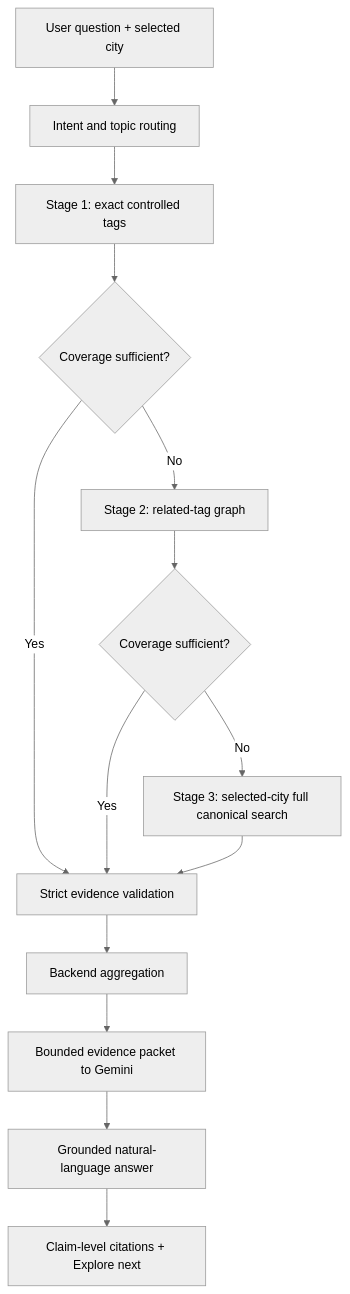
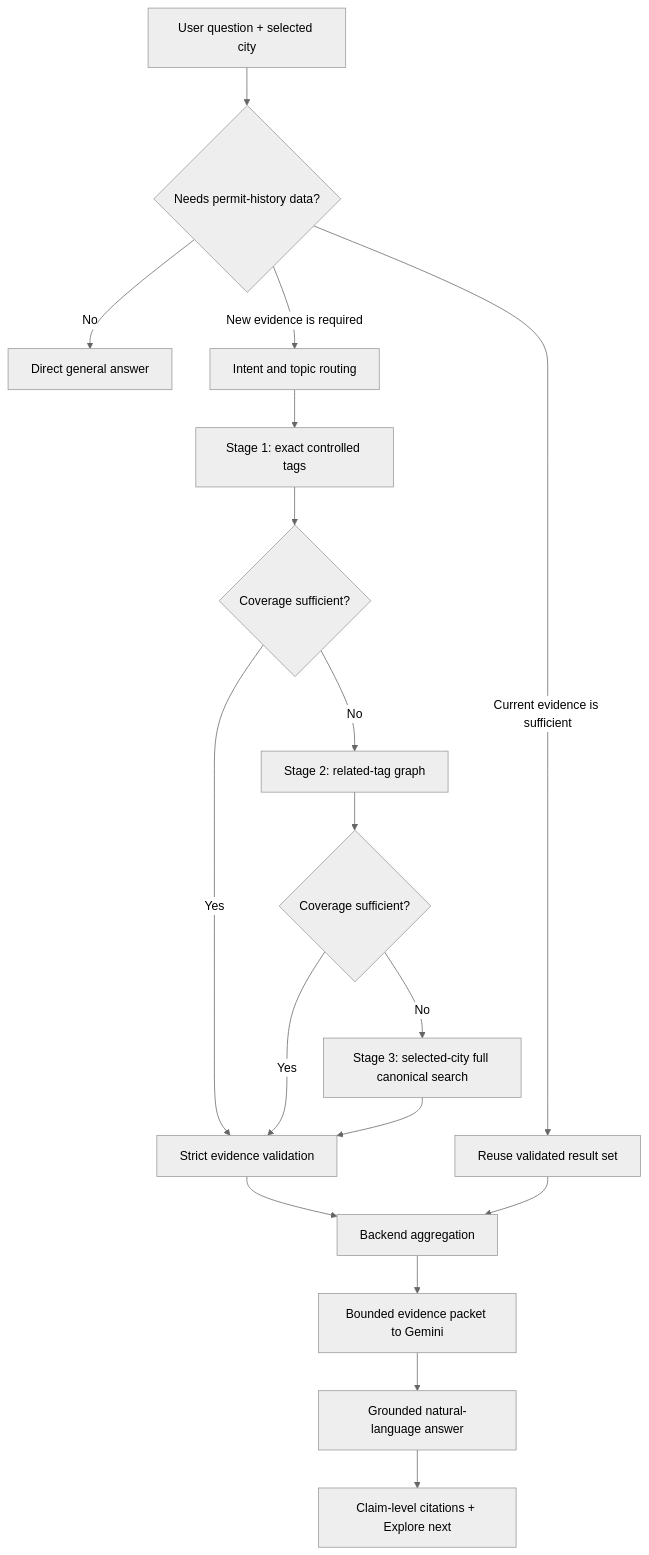
One commit to Pzzzzzzz0125/comment-response-app changed the fifth of 5 diagrams in README.md. Above: the diagram before and after it, drawn with Mermaid (neutral theme). The commit also changed other lines of this file and 51 other files, not shown here.

````diff
--- a/README.md
+++ b/README.md
@@ -758,16 +758,20 @@
 ```mermaid
 flowchart TD
-    Q[User question + selected city] --> I[Intent and topic routing]
+    Q[User question + selected city] --> D{Needs permit-history data?}
+    D -- No --> DC[Direct general answer]
+    D -- Current evidence is sufficient --> RE[Reuse validated result set]
+    D -- New evidence is required --> I[Intent and topic routing]
     I --> T1[Stage 1: exact controlled tags]
     T1 --> C{Coverage sufficient?}
     C -- No --> T2[Stage 2: related-tag graph]
     T2 --> C2{Coverage sufficient?}
     C2 -- No --> T3[Stage 3: selected-city full canonical search]
     C -- Yes --> V[Strict evidence validation]
     C2 -- Yes --> V
     T3 --> V
     V --> A[Backend aggregation]
     A --> G[Bounded evidence packet to Gemini]
     G --> R[Grounded natural-language answer]
     R --> S[Claim-level citations + Explore next]
+    RE --> A
 ```
````
